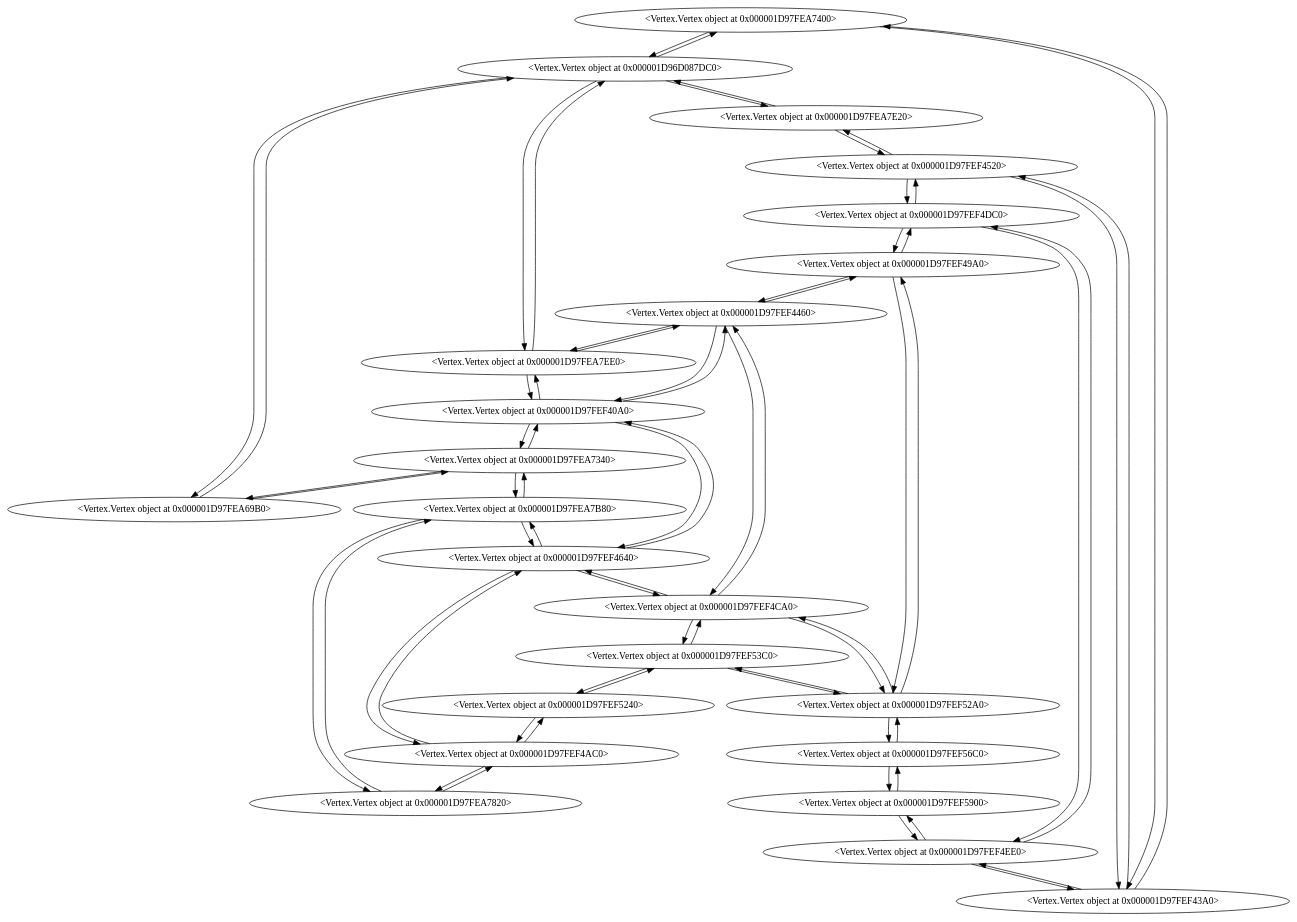
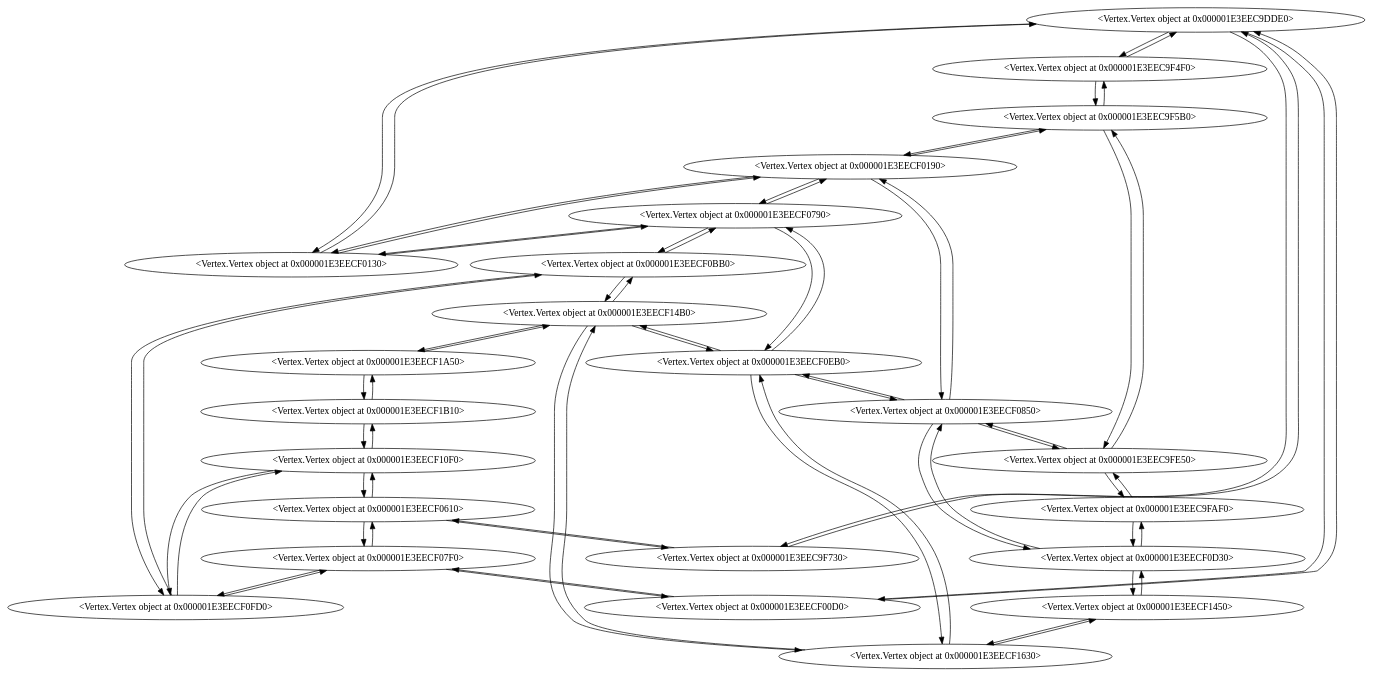
Before and after one commit to raigeki49/BSP6-Graph-Image-Recognition: the diagram in graph.dot, drawn with Graphviz. The commit also changed 11 other files, not shown here.

```diff
--- a/graph.dot
+++ b/graph.dot
@@ -1,70 +1,70 @@
 
     digraph {
-    "<Vertex.Vertex object at 0x000001D97FEA7400>" -> "<Vertex.Vertex object at 0x000001D96D087DC0>"
-"<Vertex.Vertex object at 0x000001D97FEA69B0>" -> "<Vertex.Vertex object at 0x000001D96D087DC0>"
-"<Vertex.Vertex object at 0x000001D97FEA69B0>" -> "<Vertex.Vertex object at 0x000001D97FEA7340>"
-"<Vertex.Vertex object at 0x000001D97FEA7B80>" -> "<Vertex.Vertex object at 0x000001D97FEA7340>"
-"<Vertex.Vertex object at 0x000001D96D087DC0>" -> "<Vertex.Vertex object at 0x000001D97FEA7EE0>"
-"<Vertex.Vertex object at 0x000001D97FEA7E20>" -> "<Vertex.Vertex object at 0x000001D96D087DC0>"
-"<Vertex.Vertex object at 0x000001D97FEF40A0>" -> "<Vertex.Vertex object at 0x000001D97FEA7340>"
-"<Vertex.Vertex object at 0x000001D97FEA7B80>" -> "<Vertex.Vertex object at 0x000001D97FEA7820>"
-"<Vertex.Vertex object at 0x000001D97FEA7400>" -> "<Vertex.Vertex object at 0x000001D97FEF43A0>"
-"<Vertex.Vertex object at 0x000001D97FEA7820>" -> "<Vertex.Vertex object at 0x000001D97FEF4AC0>"
-"<Vertex.Vertex object at 0x000001D97FEA7B80>" -> "<Vertex.Vertex object at 0x000001D97FEF4640>"
-"<Vertex.Vertex object at 0x000001D97FEF40A0>" -> "<Vertex.Vertex object at 0x000001D97FEA7EE0>"
-"<Vertex.Vertex object at 0x000001D97FEF40A0>" -> "<Vertex.Vertex object at 0x000001D97FEF4640>"
-"<Vertex.Vertex object at 0x000001D97FEF4460>" -> "<Vertex.Vertex object at 0x000001D97FEA7EE0>"
-"<Vertex.Vertex object at 0x000001D97FEF4520>" -> "<Vertex.Vertex object at 0x000001D97FEA7E20>"
-"<Vertex.Vertex object at 0x000001D97FEF40A0>" -> "<Vertex.Vertex object at 0x000001D97FEF4460>"
-"<Vertex.Vertex object at 0x000001D97FEF4520>" -> "<Vertex.Vertex object at 0x000001D97FEF43A0>"
-"<Vertex.Vertex object at 0x000001D97FEF43A0>" -> "<Vertex.Vertex object at 0x000001D97FEF4EE0>"
-"<Vertex.Vertex object at 0x000001D97FEF49A0>" -> "<Vertex.Vertex object at 0x000001D97FEF4460>"
-"<Vertex.Vertex object at 0x000001D97FEF4CA0>" -> "<Vertex.Vertex object at 0x000001D97FEF4460>"
-"<Vertex.Vertex object at 0x000001D97FEF4520>" -> "<Vertex.Vertex object at 0x000001D97FEF4DC0>"
-"<Vertex.Vertex object at 0x000001D97FEF4CA0>" -> "<Vertex.Vertex object at 0x000001D97FEF4640>"
-"<Vertex.Vertex object at 0x000001D97FEF4AC0>" -> "<Vertex.Vertex object at 0x000001D97FEF4640>"
-"<Vertex.Vertex object at 0x000001D97FEF49A0>" -> "<Vertex.Vertex object at 0x000001D97FEF4DC0>"
-"<Vertex.Vertex object at 0x000001D97FEF52A0>" -> "<Vertex.Vertex object at 0x000001D97FEF49A0>"
-"<Vertex.Vertex object at 0x000001D97FEF4AC0>" -> "<Vertex.Vertex object at 0x000001D97FEF5240>"
-"<Vertex.Vertex object at 0x000001D97FEF4DC0>" -> "<Vertex.Vertex object at 0x000001D97FEF4EE0>"
-"<Vertex.Vertex object at 0x000001D97FEF4CA0>" -> "<Vertex.Vertex object at 0x000001D97FEF52A0>"
-"<Vertex.Vertex object at 0x000001D97FEF4CA0>" -> "<Vertex.Vertex object at 0x000001D97FEF53C0>"
-"<Vertex.Vertex object at 0x000001D97FEF5900>" -> "<Vertex.Vertex object at 0x000001D97FEF4EE0>"
-"<Vertex.Vertex object at 0x000001D97FEF53C0>" -> "<Vertex.Vertex object at 0x000001D97FEF5240>"
-"<Vertex.Vertex object at 0x000001D97FEF52A0>" -> "<Vertex.Vertex object at 0x000001D97FEF56C0>"
-"<Vertex.Vertex object at 0x000001D97FEF52A0>" -> "<Vertex.Vertex object at 0x000001D97FEF53C0>"
-"<Vertex.Vertex object at 0x000001D97FEF5900>" -> "<Vertex.Vertex object at 0x000001D97FEF56C0>""<Vertex.Vertex object at 0x000001D96D087DC0>" -> "<Vertex.Vertex object at 0x000001D97FEA7400>"
-"<Vertex.Vertex object at 0x000001D96D087DC0>" -> "<Vertex.Vertex object at 0x000001D97FEA69B0>"
-"<Vertex.Vertex object at 0x000001D97FEA7340>" -> "<Vertex.Vertex object at 0x000001D97FEA69B0>"
-"<Vertex.Vertex object at 0x000001D97FEA7340>" -> "<Vertex.Vertex object at 0x000001D97FEA7B80>"
-"<Vertex.Vertex object at 0x000001D97FEA7EE0>" -> "<Vertex.Vertex object at 0x000001D96D087DC0>"
-"<Vertex.Vertex object at 0x000001D96D087DC0>" -> "<Vertex.Vertex object at 0x000001D97FEA7E20>"
-"<Vertex.Vertex object at 0x000001D97FEA7340>" -> "<Vertex.Vertex object at 0x000001D97FEF40A0>"
-"<Vertex.Vertex object at 0x000001D97FEA7820>" -> "<Vertex.Vertex object at 0x000001D97FEA7B80>"
-"<Vertex.Vertex object at 0x000001D97FEF43A0>" -> "<Vertex.Vertex object at 0x000001D97FEA7400>"
-"<Vertex.Vertex object at 0x000001D97FEF4AC0>" -> "<Vertex.Vertex object at 0x000001D97FEA7820>"
-"<Vertex.Vertex object at 0x000001D97FEF4640>" -> "<Vertex.Vertex object at 0x000001D97FEA7B80>"
-"<Vertex.Vertex object at 0x000001D97FEA7EE0>" -> "<Vertex.Vertex object at 0x000001D97FEF40A0>"
-"<Vertex.Vertex object at 0x000001D97FEF4640>" -> "<Vertex.Vertex object at 0x000001D97FEF40A0>"
-"<Vertex.Vertex object at 0x000001D97FEA7EE0>" -> "<Vertex.Vertex object at 0x000001D97FEF4460>"
-"<Vertex.Vertex object at 0x000001D97FEA7E20>" -> "<Vertex.Vertex object at 0x000001D97FEF4520>"
-"<Vertex.Vertex object at 0x000001D97FEF4460>" -> "<Vertex.Vertex object at 0x000001D97FEF40A0>"
-"<Vertex.Vertex object at 0x000001D97FEF43A0>" -> "<Vertex.Vertex object at 0x000001D97FEF4520>"
-"<Vertex.Vertex object at 0x000001D97FEF4EE0>" -> "<Vertex.Vertex object at 0x000001D97FEF43A0>"
-"<Vertex.Vertex object at 0x000001D97FEF4460>" -> "<Vertex.Vertex object at 0x000001D97FEF49A0>"
-"<Vertex.Vertex object at 0x000001D97FEF4460>" -> "<Vertex.Vertex object at 0x000001D97FEF4CA0>"
-"<Vertex.Vertex object at 0x000001D97FEF4DC0>" -> "<Vertex.Vertex object at 0x000001D97FEF4520>"
-"<Vertex.Vertex object at 0x000001D97FEF4640>" -> "<Vertex.Vertex object at 0x000001D97FEF4CA0>"
-"<Vertex.Vertex object at 0x000001D97FEF4640>" -> "<Vertex.Vertex object at 0x000001D97FEF4AC0>"
-"<Vertex.Vertex object at 0x000001D97FEF4DC0>" -> "<Vertex.Vertex object at 0x000001D97FEF49A0>"
-"<Vertex.Vertex object at 0x000001D97FEF49A0>" -> "<Vertex.Vertex object at 0x000001D97FEF52A0>"
-"<Vertex.Vertex object at 0x000001D97FEF5240>" -> "<Vertex.Vertex object at 0x000001D97FEF4AC0>"
-"<Vertex.Vertex object at 0x000001D97FEF4EE0>" -> "<Vertex.Vertex object at 0x000001D97FEF4DC0>"
-"<Vertex.Vertex object at 0x000001D97FEF52A0>" -> "<Vertex.Vertex object at 0x000001D97FEF4CA0>"
-"<Vertex.Vertex object at 0x000001D97FEF53C0>" -> "<Vertex.Vertex object at 0x000001D97FEF4CA0>"
-"<Vertex.Vertex object at 0x000001D97FEF4EE0>" -> "<Vertex.Vertex object at 0x000001D97FEF5900>"
-"<Vertex.Vertex object at 0x000001D97FEF5240>" -> "<Vertex.Vertex object at 0x000001D97FEF53C0>"
-"<Vertex.Vertex object at 0x000001D97FEF56C0>" -> "<Vertex.Vertex object at 0x000001D97FEF52A0>"
-"<Vertex.Vertex object at 0x000001D97FEF53C0>" -> "<Vertex.Vertex object at 0x000001D97FEF52A0>"
-"<Vertex.Vertex object at 0x000001D97FEF56C0>" -> "<Vertex.Vertex object at 0x000001D97FEF5900>"
+    "<Vertex.Vertex object at 0x000001E3EEC9DDE0>" -> "<Vertex.Vertex object at 0x000001E3EEC9F4F0>"
+"<Vertex.Vertex object at 0x000001E3EEC9F730>" -> "<Vertex.Vertex object at 0x000001E3EEC9DDE0>"
+"<Vertex.Vertex object at 0x000001E3EEC9F5B0>" -> "<Vertex.Vertex object at 0x000001E3EEC9F4F0>"
+"<Vertex.Vertex object at 0x000001E3EEC9F5B0>" -> "<Vertex.Vertex object at 0x000001E3EEC9FE50>"
+"<Vertex.Vertex object at 0x000001E3EECF0130>" -> "<Vertex.Vertex object at 0x000001E3EEC9DDE0>"
+"<Vertex.Vertex object at 0x000001E3EECF00D0>" -> "<Vertex.Vertex object at 0x000001E3EEC9DDE0>"
+"<Vertex.Vertex object at 0x000001E3EECF0190>" -> "<Vertex.Vertex object at 0x000001E3EEC9F5B0>"
+"<Vertex.Vertex object at 0x000001E3EECF0610>" -> "<Vertex.Vertex object at 0x000001E3EEC9F730>"
+"<Vertex.Vertex object at 0x000001E3EEC9FE50>" -> "<Vertex.Vertex object at 0x000001E3EEC9FAF0>"
+"<Vertex.Vertex object at 0x000001E3EECF0D30>" -> "<Vertex.Vertex object at 0x000001E3EEC9FAF0>"
+"<Vertex.Vertex object at 0x000001E3EEC9FE50>" -> "<Vertex.Vertex object at 0x000001E3EECF0850>"
+"<Vertex.Vertex object at 0x000001E3EECF0190>" -> "<Vertex.Vertex object at 0x000001E3EECF0130>"
+"<Vertex.Vertex object at 0x000001E3EECF0190>" -> "<Vertex.Vertex object at 0x000001E3EECF0850>"
+"<Vertex.Vertex object at 0x000001E3EECF0790>" -> "<Vertex.Vertex object at 0x000001E3EECF0130>"
+"<Vertex.Vertex object at 0x000001E3EECF00D0>" -> "<Vertex.Vertex object at 0x000001E3EECF07F0>"
+"<Vertex.Vertex object at 0x000001E3EECF0190>" -> "<Vertex.Vertex object at 0x000001E3EECF0790>"
+"<Vertex.Vertex object at 0x000001E3EECF0610>" -> "<Vertex.Vertex object at 0x000001E3EECF07F0>"
+"<Vertex.Vertex object at 0x000001E3EECF0610>" -> "<Vertex.Vertex object at 0x000001E3EECF10F0>"
+"<Vertex.Vertex object at 0x000001E3EECF0790>" -> "<Vertex.Vertex object at 0x000001E3EECF0EB0>"
+"<Vertex.Vertex object at 0x000001E3EECF0FD0>" -> "<Vertex.Vertex object at 0x000001E3EECF07F0>"
+"<Vertex.Vertex object at 0x000001E3EECF0790>" -> "<Vertex.Vertex object at 0x000001E3EECF0BB0>"
+"<Vertex.Vertex object at 0x000001E3EECF0EB0>" -> "<Vertex.Vertex object at 0x000001E3EECF0850>"
+"<Vertex.Vertex object at 0x000001E3EECF0D30>" -> "<Vertex.Vertex object at 0x000001E3EECF0850>"
+"<Vertex.Vertex object at 0x000001E3EECF0BB0>" -> "<Vertex.Vertex object at 0x000001E3EECF0FD0>"
+"<Vertex.Vertex object at 0x000001E3EECF14B0>" -> "<Vertex.Vertex object at 0x000001E3EECF0BB0>"
+"<Vertex.Vertex object at 0x000001E3EECF0D30>" -> "<Vertex.Vertex object at 0x000001E3EECF1450>"
+"<Vertex.Vertex object at 0x000001E3EECF0FD0>" -> "<Vertex.Vertex object at 0x000001E3EECF10F0>"
+"<Vertex.Vertex object at 0x000001E3EECF14B0>" -> "<Vertex.Vertex object at 0x000001E3EECF0EB0>"
+"<Vertex.Vertex object at 0x000001E3EECF0EB0>" -> "<Vertex.Vertex object at 0x000001E3EECF1630>"
+"<Vertex.Vertex object at 0x000001E3EECF1B10>" -> "<Vertex.Vertex object at 0x000001E3EECF10F0>"
+"<Vertex.Vertex object at 0x000001E3EECF14B0>" -> "<Vertex.Vertex object at 0x000001E3EECF1A50>"
+"<Vertex.Vertex object at 0x000001E3EECF1630>" -> "<Vertex.Vertex object at 0x000001E3EECF1450>"
+"<Vertex.Vertex object at 0x000001E3EECF14B0>" -> "<Vertex.Vertex object at 0x000001E3EECF1630>"
+"<Vertex.Vertex object at 0x000001E3EECF1B10>" -> "<Vertex.Vertex object at 0x000001E3EECF1A50>""<Vertex.Vertex object at 0x000001E3EEC9F4F0>" -> "<Vertex.Vertex object at 0x000001E3EEC9DDE0>"
+"<Vertex.Vertex object at 0x000001E3EEC9DDE0>" -> "<Vertex.Vertex object at 0x000001E3EEC9F730>"
+"<Vertex.Vertex object at 0x000001E3EEC9F4F0>" -> "<Vertex.Vertex object at 0x000001E3EEC9F5B0>"
+"<Vertex.Vertex object at 0x000001E3EEC9FE50>" -> "<Vertex.Vertex object at 0x000001E3EEC9F5B0>"
+"<Vertex.Vertex object at 0x000001E3EEC9DDE0>" -> "<Vertex.Vertex object at 0x000001E3EECF0130>"
+"<Vertex.Vertex object at 0x000001E3EEC9DDE0>" -> "<Vertex.Vertex object at 0x000001E3EECF00D0>"
+"<Vertex.Vertex object at 0x000001E3EEC9F5B0>" -> "<Vertex.Vertex object at 0x000001E3EECF0190>"
+"<Vertex.Vertex object at 0x000001E3EEC9F730>" -> "<Vertex.Vertex object at 0x000001E3EECF0610>"
+"<Vertex.Vertex object at 0x000001E3EEC9FAF0>" -> "<Vertex.Vertex object at 0x000001E3EEC9FE50>"
+"<Vertex.Vertex object at 0x000001E3EEC9FAF0>" -> "<Vertex.Vertex object at 0x000001E3EECF0D30>"
+"<Vertex.Vertex object at 0x000001E3EECF0850>" -> "<Vertex.Vertex object at 0x000001E3EEC9FE50>"
+"<Vertex.Vertex object at 0x000001E3EECF0130>" -> "<Vertex.Vertex object at 0x000001E3EECF0190>"
+"<Vertex.Vertex object at 0x000001E3EECF0850>" -> "<Vertex.Vertex object at 0x000001E3EECF0190>"
+"<Vertex.Vertex object at 0x000001E3EECF0130>" -> "<Vertex.Vertex object at 0x000001E3EECF0790>"
+"<Vertex.Vertex object at 0x000001E3EECF07F0>" -> "<Vertex.Vertex object at 0x000001E3EECF00D0>"
+"<Vertex.Vertex object at 0x000001E3EECF0790>" -> "<Vertex.Vertex object at 0x000001E3EECF0190>"
+"<Vertex.Vertex object at 0x000001E3EECF07F0>" -> "<Vertex.Vertex object at 0x000001E3EECF0610>"
+"<Vertex.Vertex object at 0x000001E3EECF10F0>" -> "<Vertex.Vertex object at 0x000001E3EECF0610>"
+"<Vertex.Vertex object at 0x000001E3EECF0EB0>" -> "<Vertex.Vertex object at 0x000001E3EECF0790>"
+"<Vertex.Vertex object at 0x000001E3EECF07F0>" -> "<Vertex.Vertex object at 0x000001E3EECF0FD0>"
+"<Vertex.Vertex object at 0x000001E3EECF0BB0>" -> "<Vertex.Vertex object at 0x000001E3EECF0790>"
+"<Vertex.Vertex object at 0x000001E3EECF0850>" -> "<Vertex.Vertex object at 0x000001E3EECF0EB0>"
+"<Vertex.Vertex object at 0x000001E3EECF0850>" -> "<Vertex.Vertex object at 0x000001E3EECF0D30>"
+"<Vertex.Vertex object at 0x000001E3EECF0FD0>" -> "<Vertex.Vertex object at 0x000001E3EECF0BB0>"
+"<Vertex.Vertex object at 0x000001E3EECF0BB0>" -> "<Vertex.Vertex object at 0x000001E3EECF14B0>"
+"<Vertex.Vertex object at 0x000001E3EECF1450>" -> "<Vertex.Vertex object at 0x000001E3EECF0D30>"
+"<Vertex.Vertex object at 0x000001E3EECF10F0>" -> "<Vertex.Vertex object at 0x000001E3EECF0FD0>"
+"<Vertex.Vertex object at 0x000001E3EECF0EB0>" -> "<Vertex.Vertex object at 0x000001E3EECF14B0>"
+"<Vertex.Vertex object at 0x000001E3EECF1630>" -> "<Vertex.Vertex object at 0x000001E3EECF0EB0>"
+"<Vertex.Vertex object at 0x000001E3EECF10F0>" -> "<Vertex.Vertex object at 0x000001E3EECF1B10>"
+"<Vertex.Vertex object at 0x000001E3EECF1A50>" -> "<Vertex.Vertex object at 0x000001E3EECF14B0>"
+"<Vertex.Vertex object at 0x000001E3EECF1450>" -> "<Vertex.Vertex object at 0x000001E3EECF1630>"
+"<Vertex.Vertex object at 0x000001E3EECF1630>" -> "<Vertex.Vertex object at 0x000001E3EECF14B0>"
+"<Vertex.Vertex object at 0x000001E3EECF1A50>" -> "<Vertex.Vertex object at 0x000001E3EECF1B10>"
     }
```
